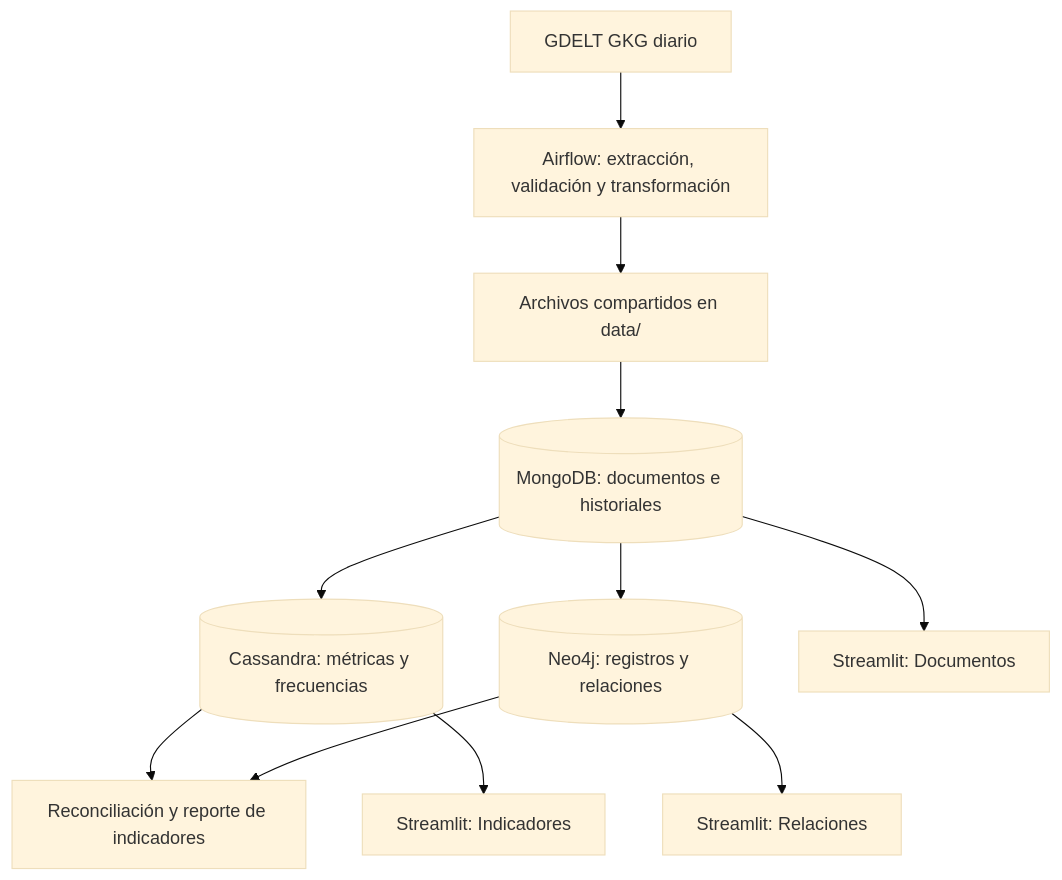
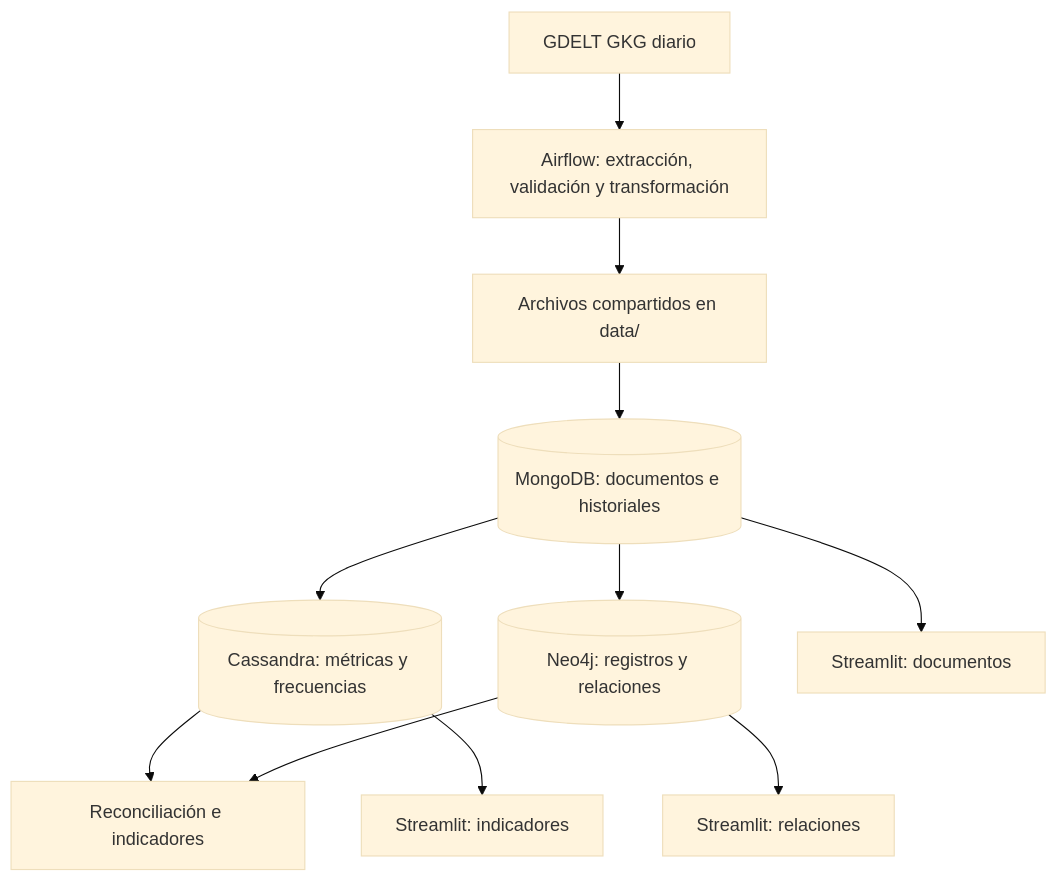
Before and after one commit to KarolayTamayoH/global-news-intelligence: the diagram in README.md, drawn with Mermaid (base theme). The commit also changed other lines of this file and 88 other files, not shown here.

````diff
--- a/README.md
+++ b/README.md
@@ -23,13 +41,13 @@
 ```mermaid
 flowchart TD
     A[GDELT GKG diario] --> B[Airflow: extracción, validación y transformación]
     B --> F[Archivos compartidos en data/]
     F --> M[(MongoDB: documentos e historiales)]
     M --> C[(Cassandra: métricas y frecuencias)]
     M --> N[(Neo4j: registros y relaciones)]
-    C --> V[Reconciliación y reporte de indicadores]
+    C --> V[Reconciliación e indicadores]
     N --> V
-    C --> D[Streamlit: Indicadores]
-    M --> E[Streamlit: Documentos]
-    N --> G[Streamlit: Relaciones]
+    C --> D[Streamlit: indicadores]
+    M --> E[Streamlit: documentos]
+    N --> G[Streamlit: relaciones]
 ```
````
